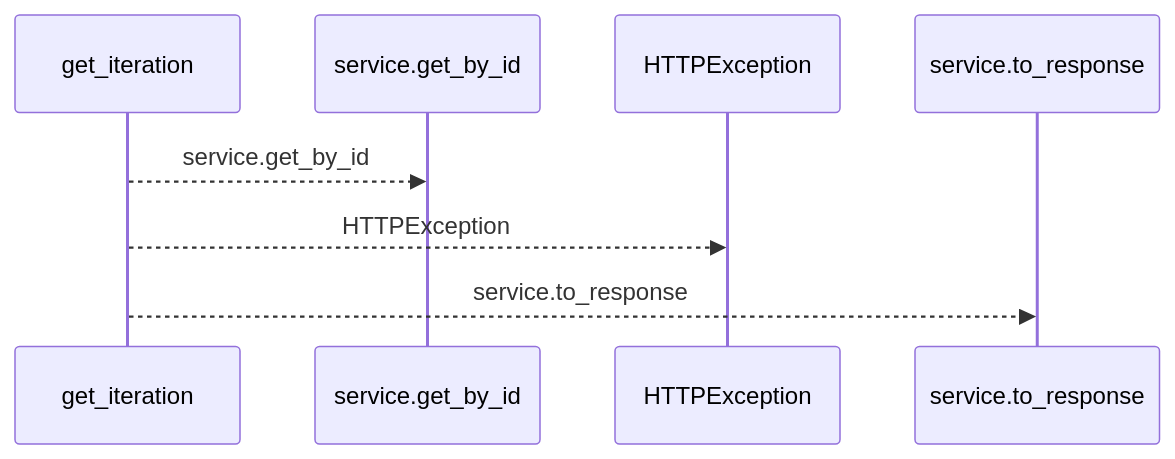
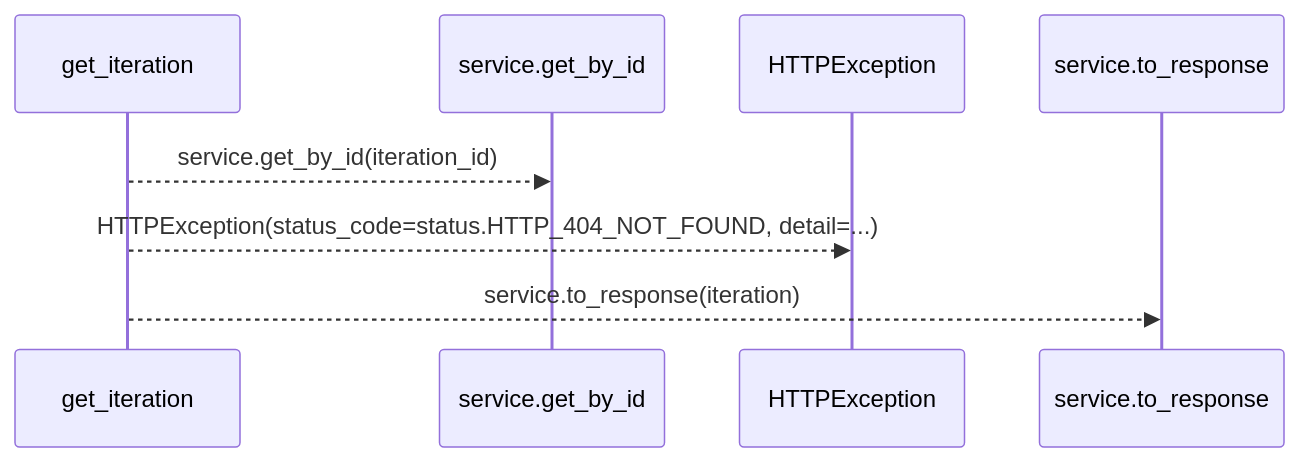
The first of 2 diagrams in docs/llm_wiki/flows/http-get_iteration.md (Denissvgn/WorkChord), drawn with Mermaid before and after one commit. The commit also changed other lines of this file and 25171 other files, not shown here.

````diff
--- a/docs/llm_wiki/flows/http-get_iteration.md
+++ b/docs/llm_wiki/flows/http-get_iteration.md
@@ -10,10 +12,10 @@
 ```mermaid
 sequenceDiagram
     participant p0 as get_iteration
     participant p1 as service.get_by_id
     participant p2 as HTTPException
     participant p3 as service.to_response
-    p0-->>p1: service.get_by_id
-    p0-->>p2: HTTPException
-    p0-->>p3: service.to_response
+    p0-->>p1: service.get_by_id(iteration_id)
+    p0-->>p2: HTTPException(status_code=status.HTTP_404_NOT_FOUND, detail=...)
+    p0-->>p3: service.to_response(iteration)
 ```
````
